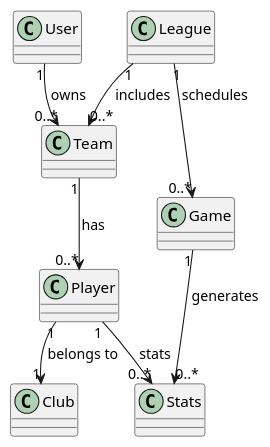
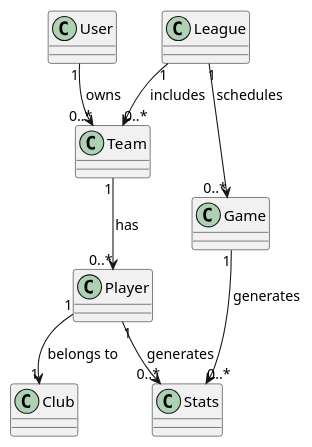
The diagram in doc/Domainmodel.puml (tobiashardoe/SP-4-EK-FANTASYFUT), drawn with PlantUML before and after one commit. The commit also changed 1 other file, not shown here.

Commit message:
Domainmodel/classDiagram ver.2

```diff
--- a/doc/Domainmodel.puml
+++ b/doc/Domainmodel.puml
@@ -1,39 +1,39 @@
 @startuml
 !pragma layout smetana
 
 class User {
 }
 
 class Team {
 }
 
 class Player {
 }
 
 class Club {
 }
 
 class Stats {
 }
 
 class League {
 }
 
 class Game {
 }
 
 User "1" --> "0..*" Team : owns >
 
 Team "1" --> "0..*" Player : has >
 
 Player "1" --> "1" Club : belongs to >
 
-Player "1" --> "0..*" Stats : stats >
+Player "1" --> "0..*" Stats : generates >
 
 League "1" --> "0..*" Team : includes >
 
 League "1" --> "0..*" Game : schedules >
 
 Game "1" --> "0..*" Stats : generates >
 
 @enduml
```
